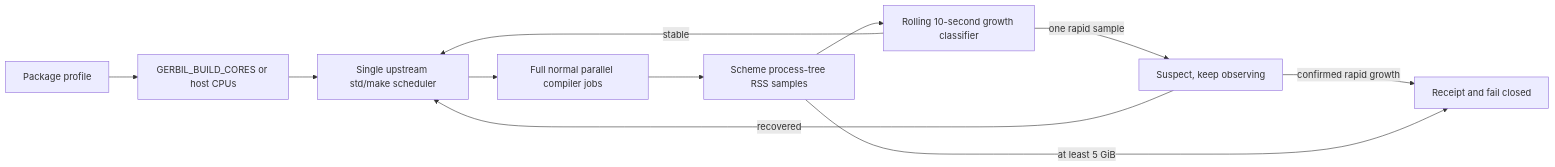
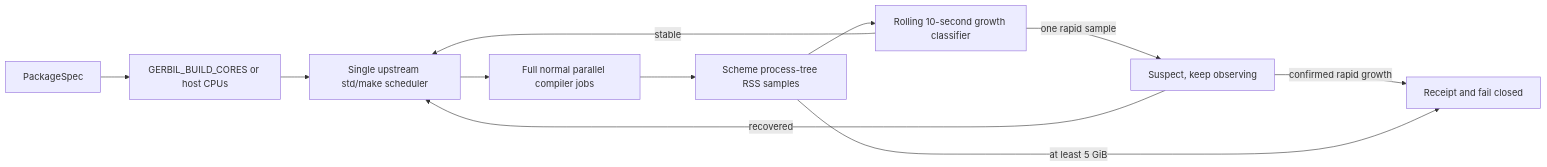
The second of 2 diagrams in docs/10-19-design/10.06-poo-module-system/147-adaptive-scheme-build-guard/20-reactive-memory-anomaly-guard.org (tao3k/poo-flow), drawn with Mermaid before and after one commit. The commit also changed other lines of this file and 76 other files, not shown here.

```diff
--- a/docs/10-19-design/10.06-poo-module-system/147-adaptive-scheme-build-guard/20-reactive-memory-anomaly-guard.org
+++ b/docs/10-19-design/10.06-poo-module-system/147-adaptive-scheme-build-guard/20-reactive-memory-anomaly-guard.org
@@ -72,13 +106,13 @@
 #+begin_src mermaid
 flowchart LR
-  Profile[Package profile] --> Cores[GERBIL_BUILD_CORES or host CPUs]
+  Package[PackageSpec] --> Cores[GERBIL_BUILD_CORES or host CPUs]
   Cores --> Make[Single upstream std/make scheduler]
   Make --> Jobs[Full normal parallel compiler jobs]
   Jobs --> Samples[Scheme process-tree RSS samples]
   Samples --> Window[Rolling 10-second growth classifier]
   Window -->|stable| Make
   Window -->|one rapid sample| Suspect[Suspect, keep observing]
   Suspect -->|recovered| Make
   Suspect -->|confirmed rapid growth| Abort[Receipt and fail closed]
   Samples -->|at least 5 GiB| Abort
 #+end_src
```
